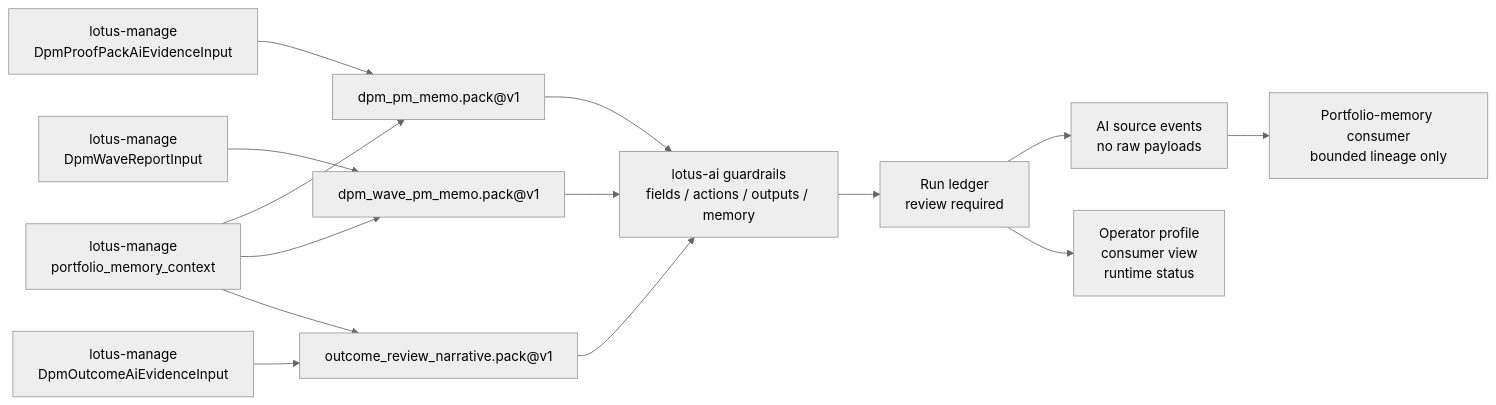
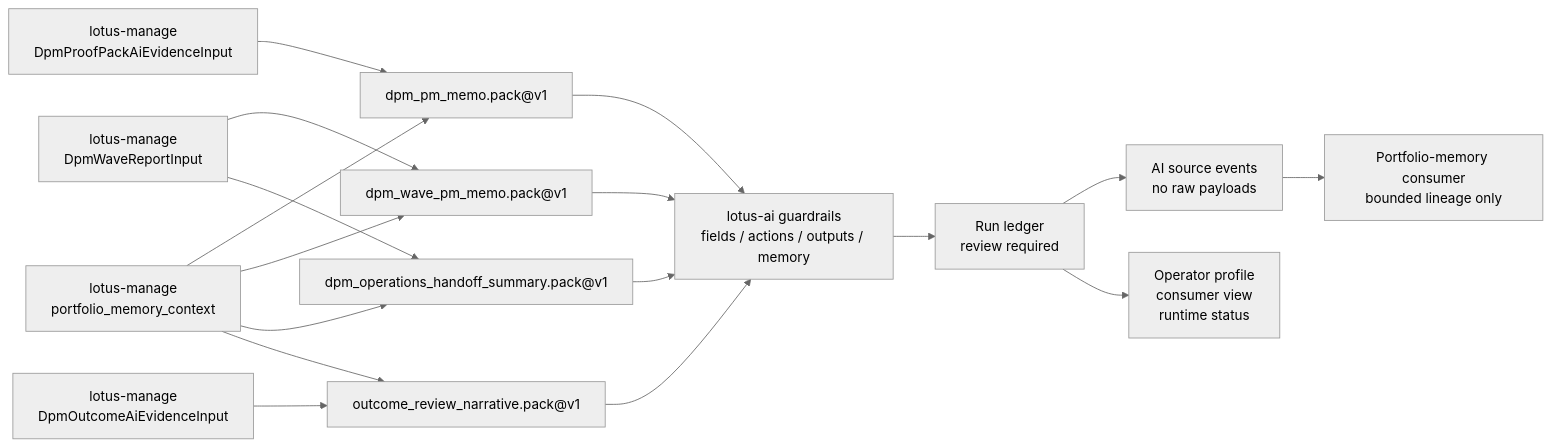
One commit to sgajbi/lotus-ai changed the diagram in wiki/Platform-Surfaces.md. Above: the diagram before and after it, drawn with Mermaid (neutral theme). The commit also changed other lines of this file and 29 other files, not shown here.

Commit message:
Implement DPM operations handoff summary pack

````diff
--- a/wiki/Platform-Surfaces.md
+++ b/wiki/Platform-Surfaces.md
@@ -149,16 +152,19 @@
 ```mermaid
 flowchart LR
     ProofPack["lotus-manage\nDpmProofPackAiEvidenceInput"] --> MemoPack["dpm_pm_memo.pack@v1"]
     Wave["lotus-manage\nDpmWaveReportInput"] --> WavePack["dpm_wave_pm_memo.pack@v1"]
+    Wave --> HandoffPack["dpm_operations_handoff_summary.pack@v1"]
     Outcome["lotus-manage\nDpmOutcomeAiEvidenceInput"] --> OutcomePack["outcome_review_narrative.pack@v1"]
     Memory["lotus-manage\nportfolio_memory_context"] --> MemoPack
     Memory --> WavePack
+    Memory --> HandoffPack
     Memory --> OutcomePack
     MemoPack --> Guardrails["lotus-ai guardrails\nfields / actions / outputs / memory"]
     WavePack --> Guardrails
+    HandoffPack --> Guardrails
     OutcomePack --> Guardrails
     Guardrails --> Ledger["Run ledger\nreview required"]
     Ledger --> SourceEvents["AI source events\nno raw payloads"]
     Ledger --> Operator["Operator profile\nconsumer view\nruntime status"]
     SourceEvents --> MemoryConsumer["Portfolio-memory consumer\nbounded lineage only"]
 ```
````
